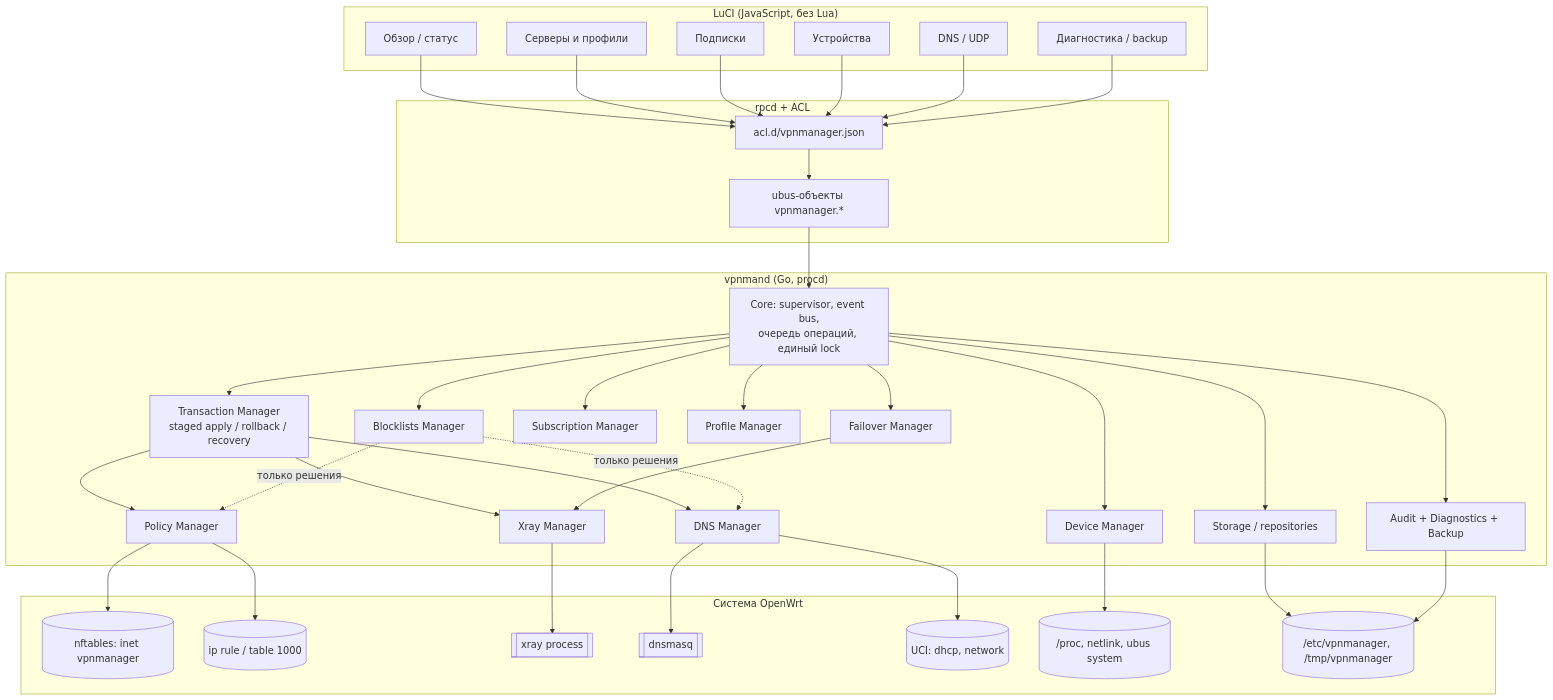
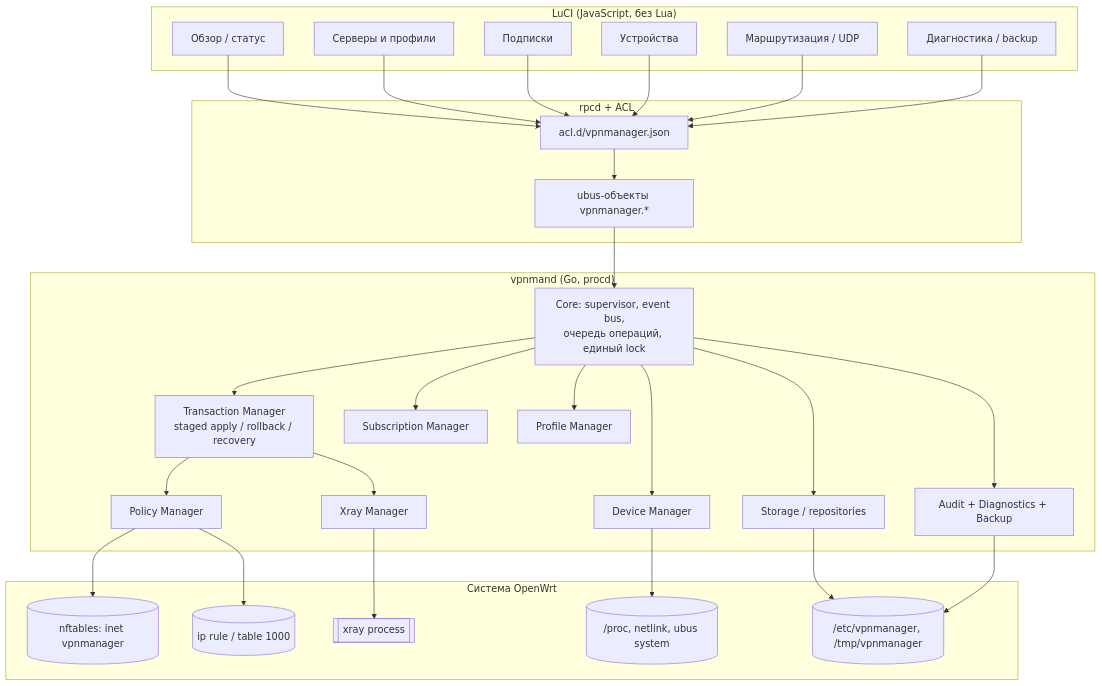
Before and after one commit to vvidomina/vpn-manager-openwrt: the first of 9 diagrams in analysis/10-stage2-architecture.md, drawn with Mermaid. The commit also changed other lines of this file and 9 other files, not shown here.

````diff
--- a/analysis/10-stage2-architecture.md
+++ b/analysis/10-stage2-architecture.md
@@ -41,56 +41,47 @@
 ```mermaid
 graph TD
     subgraph UI["LuCI (JavaScript, без Lua)"]
         V1[Обзор / статус]
         V2[Серверы и профили]
         V3[Подписки]
         V4[Устройства]
-        V5[DNS / UDP]
+        V5[Маршрутизация / UDP]
         V6[Диагностика / backup]
     end
 
     subgraph RPC["rpcd + ACL"]
         ACL[acl.d/vpnmanager.json]
         OBJ[ubus-объекты vpnmanager.*]
     end
 
     subgraph D["vpnmand (Go, procd)"]
         CORE[Core: supervisor, event bus,<br/>очередь операций, единый lock]
         TX[Transaction Manager<br/>staged apply / rollback / recovery]
         POL[Policy Manager]
         XM[Xray Manager]
-        DNS[DNS Manager]
-        BL[Blocklists Manager]
         DEV[Device Manager]
         SUB[Subscription Manager]
         PROF[Profile Manager]
-        FO[Failover Manager]
         ST[Storage / repositories]
         J[Audit + Diagnostics + Backup]
     end
 
     subgraph SYS["Система OpenWrt"]
         NFT[(nftables: inet vpnmanager)]
         RULE[(ip rule / table 1000)]
         XR[[xray process]]
-        DM[[dnsmasq]]
-        UCI[(UCI: dhcp, network)]
         PROC[(/proc, netlink, ubus system)]
         FS[(/etc/vpnmanager, /tmp/vpnmanager)]
     end
 
     V1 & V2 & V3 & V4 & V5 & V6 --> ACL --> OBJ --> CORE
     CORE --> TX
-    TX --> POL & XM & DNS
-    CORE --> DEV & SUB & PROF & FO
+    TX --> POL & XM
+    CORE --> DEV & SUB & PROF
     CORE --> ST & J
     POL --> NFT & RULE
     XM --> XR
-    DNS --> DM & UCI
-    CORE --> BL
-    BL -.->|только решения| POL & DNS
     DEV --> PROC
     ST --> FS
     J --> FS
-    FO --> XM
 ```
````
